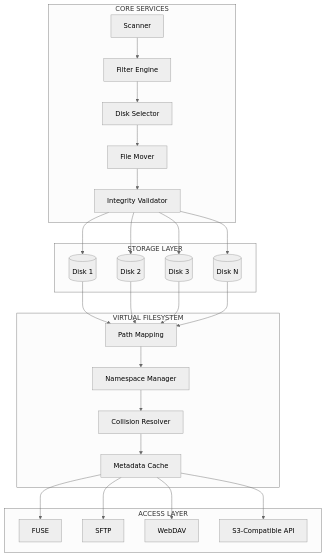
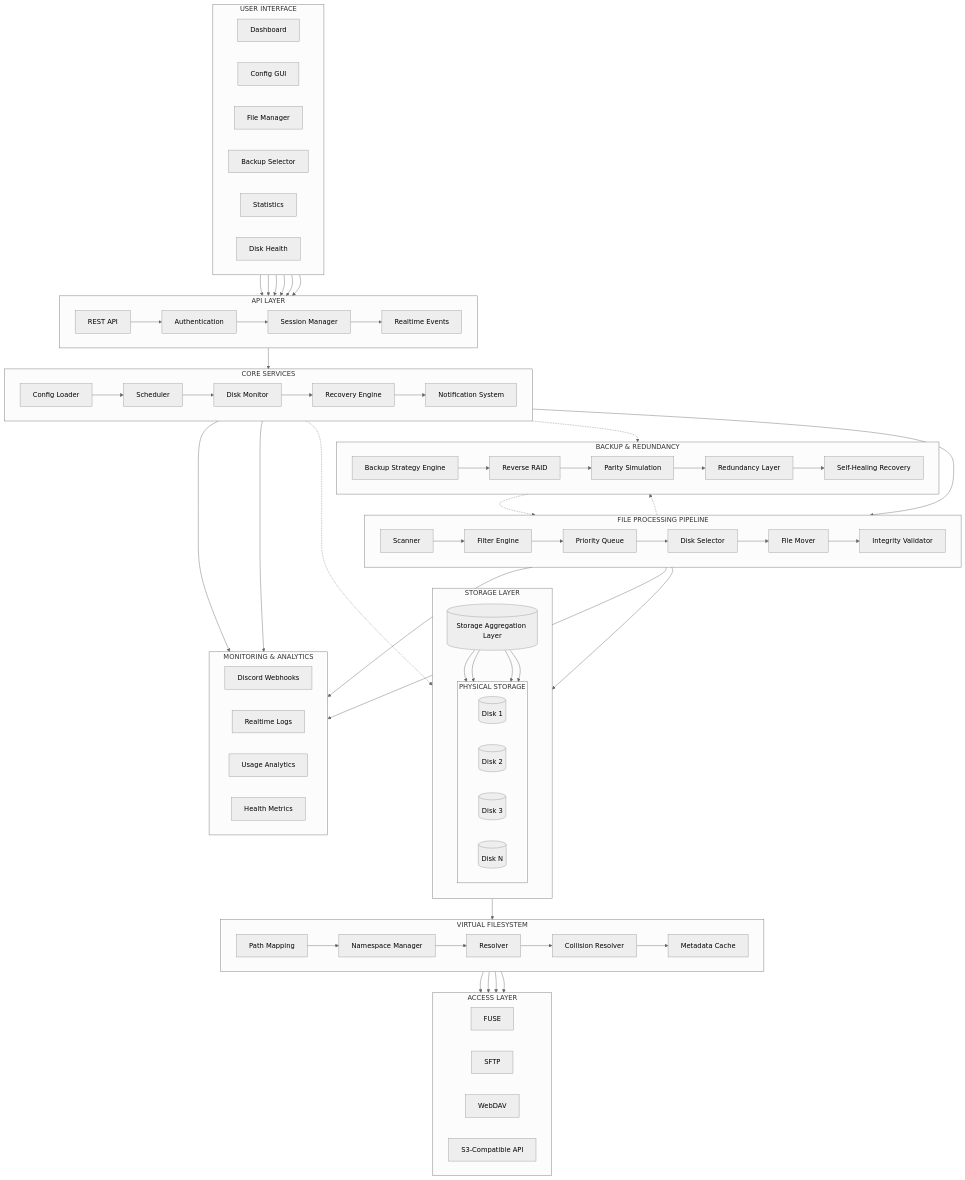
Before and after one commit to VulcanoSoftware/eindproject: the diagram in README_MIXED.md, drawn with Mermaid (neutral theme).

Commit message:
Refactor README_MIXED.md flowchart structure

````diff
--- a/README_MIXED.md
+++ b/README_MIXED.md
@@ -41,50 +41,171 @@
 ```mermaid
 flowchart TB
 
-subgraph CORE["CORE SERVICES"]
-    C1[Scanner]
-    C2[Filter Engine]
-    C3[Disk Selector]
-    C4[File Mover]
-    C5[Integrity Validator]
+%% =====================================================
+%% USER LAYER
+%% =====================================================
+
+subgraph L1["USER INTERFACE"]
+    direction LR
+
+    UI1[Dashboard]
+    UI2[Config GUI]
+    UI3[File Manager]
+    UI4[Backup Selector]
+    UI5[Statistics]
+    UI6[Disk Health]
 end
 
-subgraph STORAGE["STORAGE LAYER"]
-    D1[(Disk 1)]
-    D2[(Disk 2)]
-    D3[(Disk 3)]
-    D4[(Disk N)]
+%% =====================================================
+%% API LAYER
+%% =====================================================
+
+subgraph L2["API LAYER"]
+    direction LR
+
+    API1[REST API]
+    API2[Authentication]
+    API3[Session Manager]
+    API4[Realtime Events]
 end
 
-subgraph VFS["VIRTUAL FILESYSTEM"]
+UI1 --> API1
+UI2 --> API1
+UI3 --> API1
+UI4 --> API1
+UI5 --> API1
+UI6 --> API1
+
+API1 --> API2 --> API3 --> API4
+
+%% =====================================================
+%% CORE LAYER
+%% =====================================================
+
+subgraph L3["CORE SERVICES"]
+    direction LR
+
+    C1[Config Loader]
+    C2[Scheduler]
+    C3[Disk Monitor]
+    C4[Recovery Engine]
+    C5[Notification System]
+end
+
+API4 --> C1 --> C2 --> C3 --> C4 --> C5
+
+%% =====================================================
+%% FILE PROCESSING
+%% =====================================================
+
+subgraph L4["FILE PROCESSING PIPELINE"]
+    direction LR
+
+    P1[Scanner]
+    P2[Filter Engine]
+    P3[Priority Queue]
+    P4[Disk Selector]
+    P5[File Mover]
+    P6[Integrity Validator]
+end
+
+C2 --> P1
+P1 --> P2 --> P3 --> P4 --> P5 --> P6
+
+%% =====================================================
+%% REDUNDANCY LAYER
+%% =====================================================
+
+subgraph L5["BACKUP & REDUNDANCY"]
+    direction LR
+
+    B1[Backup Strategy Engine]
+    B2[Reverse RAID]
+    B3[Parity Simulation]
+    B4[Redundancy Layer]
+    B5[Self-Healing Recovery]
+end
+
+P4 -.-> B1
+B1 --> B2 --> B3 --> B4 --> B5
+B5 -.-> P5
+C4 -.-> B5
+
+%% =====================================================
+%% STORAGE LAYER
+%% =====================================================
+
+subgraph L6["STORAGE LAYER"]
+    direction TB
+
+    DS[(Storage Aggregation Layer)]
+
+    subgraph DISKS["PHYSICAL STORAGE"]
+        direction LR
+        D1[(Disk 1)]
+        D2[(Disk 2)]
+        D3[(Disk 3)]
+        D4[(Disk N)]
+    end
+end
+
+P6 --> DS
+C4 -.-> DS
+
+DS --> D1
+DS --> D2
+DS --> D3
+DS --> D4
+
+%% =====================================================
+%% VIRTUAL FILESYSTEM
+%% =====================================================
+
+subgraph L7["VIRTUAL FILESYSTEM"]
+    direction LR
+
     V1[Path Mapping]
     V2[Namespace Manager]
-    V3[Collision Resolver]
-    V4[Metadata Cache]
+    V3[Resolver]
+    V4[Collision Resolver]
+    V5[Metadata Cache]
 end
 
-subgraph ACCESS["ACCESS LAYER"]
+DS --> V1 --> V2 --> V3 --> V4 --> V5
+
+%% =====================================================
+%% ACCESS LAYER
+%% =====================================================
+
+subgraph L8["ACCESS LAYER"]
+    direction LR
+
     A1[FUSE]
     A2[SFTP]
     A3[WebDAV]
     A4[S3-Compatible API]
 end
 
-C1 --> C2 --> C3 --> C4 --> C5
-C5 --> D1
-C5 --> D2
-C5 --> D3
-C5 --> D4
+V5 --> A1
+V5 --> A2
+V5 --> A3
+V5 --> A4
 
-D1 --> V1
-D2 --> V1
-D3 --> V1
-D4 --> V1
+%% =====================================================
+%% MONITORING
+%% =====================================================
 
-V1 --> V2 --> V3 --> V4
+subgraph L9["MONITORING & ANALYTICS"]
+    direction LR
 
-V4 --> A1
-V4 --> A2
-V4 --> A3
-V4 --> A4
+    M1[Discord Webhooks]
+    M2[Realtime Logs]
+    M3[Usage Analytics]
+    M4[Health Metrics]
+end
+
+C5 --> M1
+P5 --> M2
+P6 --> M3
+C3 --> M4
 ```
````
